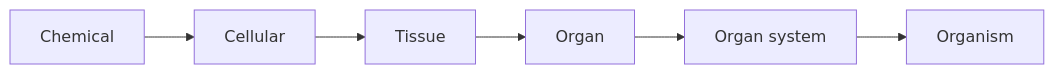
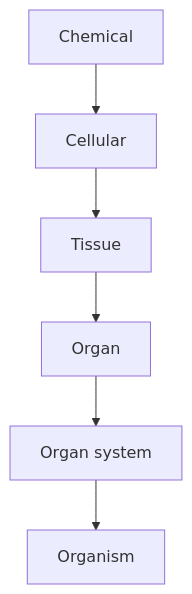
Before and after one commit to Ai-Gora/ai-gora.github.io: the diagram in articles/science/human-anatomy-basics.md, drawn with Mermaid. The commit also changed 28 other files, not shown here.

````diff
--- a/articles/science/human-anatomy-basics.md
+++ b/articles/science/human-anatomy-basics.md
@@ -69,6 +69,6 @@
 ```mermaid
-flowchart LR
+flowchart TD
   accTitle: Six levels of organisation of the human body
   accDescr: Six levels from simple to complex. Chemical, then cellular, then tissue, then organ, then organ system, then organism.
   A[Chemical] --> B[Cellular] --> C[Tissue] --> D[Organ] --> E[Organ system] --> F[Organism]
 ```
````
